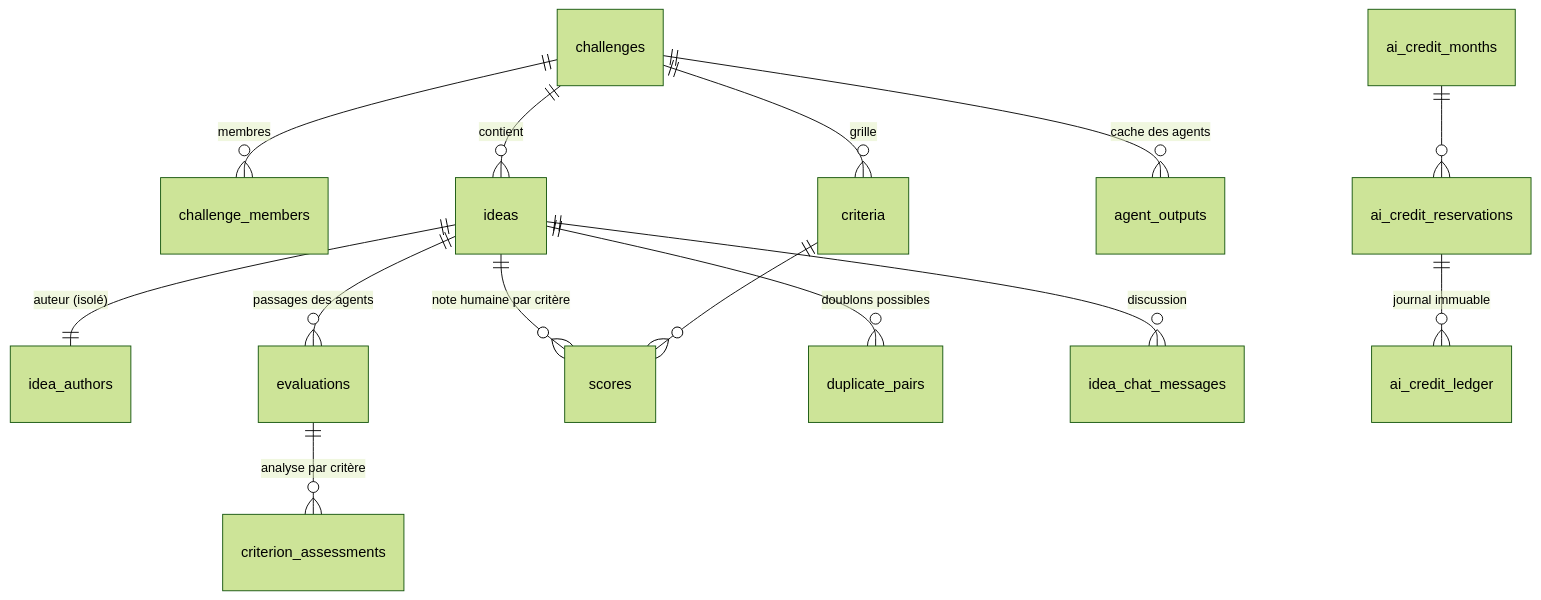
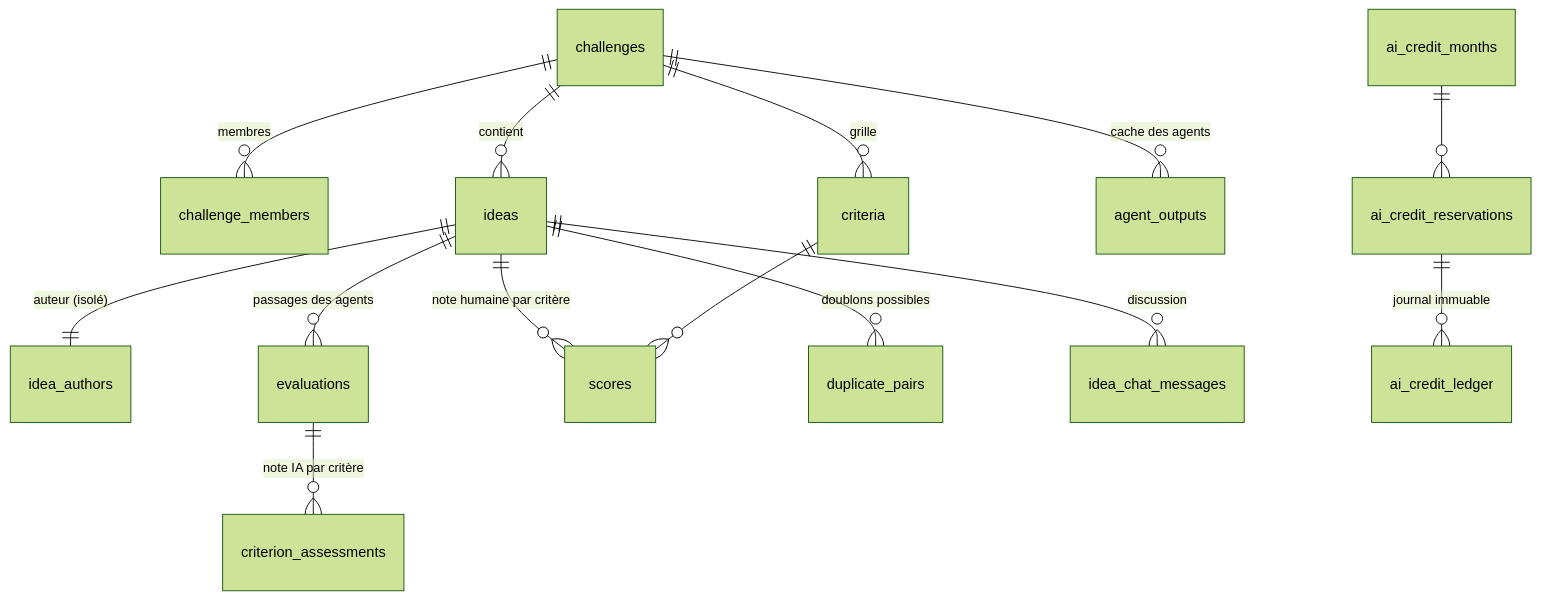
Before and after one commit to firasayari10/INSKIP-platforme-innovation: the fourth of 4 diagrams in README.md, drawn with Mermaid (forest theme). The commit also changed other lines of this file, not shown here.

````diff
--- a/README.md
+++ b/README.md
@@ -217,16 +201,16 @@
 ```mermaid
 erDiagram
     challenges ||--o{ challenge_members : "membres"
     challenges ||--o{ criteria : "grille"
     challenges ||--o{ ideas : "contient"
     ideas ||--|| idea_authors : "auteur (isolé)"
     ideas ||--o{ evaluations : "passages des agents"
-    evaluations ||--o{ criterion_assessments : "analyse par critère"
+    evaluations ||--o{ criterion_assessments : "note IA par critère"
     ideas ||--o{ scores : "note humaine par critère"
     criteria ||--o{ scores : ""
     ideas ||--o{ duplicate_pairs : "doublons possibles"
     ideas ||--o{ idea_chat_messages : "discussion"
     challenges ||--o{ agent_outputs : "cache des agents"
     ai_credit_months ||--o{ ai_credit_reservations : ""
     ai_credit_reservations ||--o{ ai_credit_ledger : "journal immuable"
 ```
````
